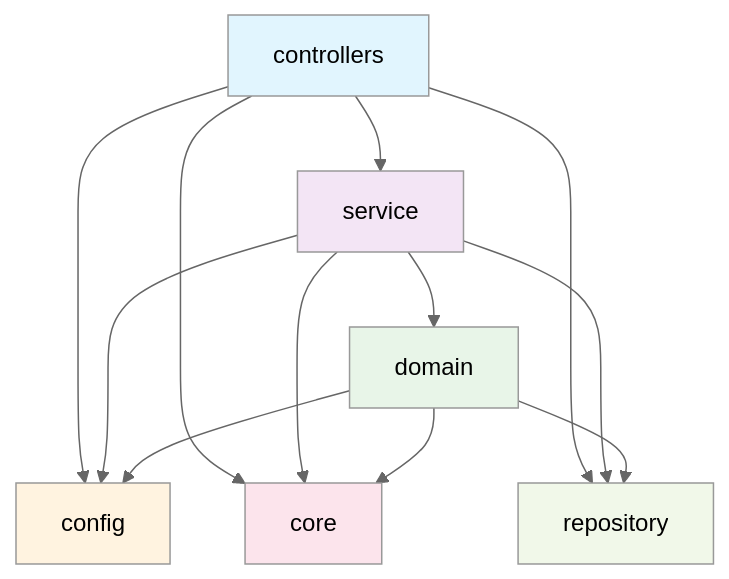
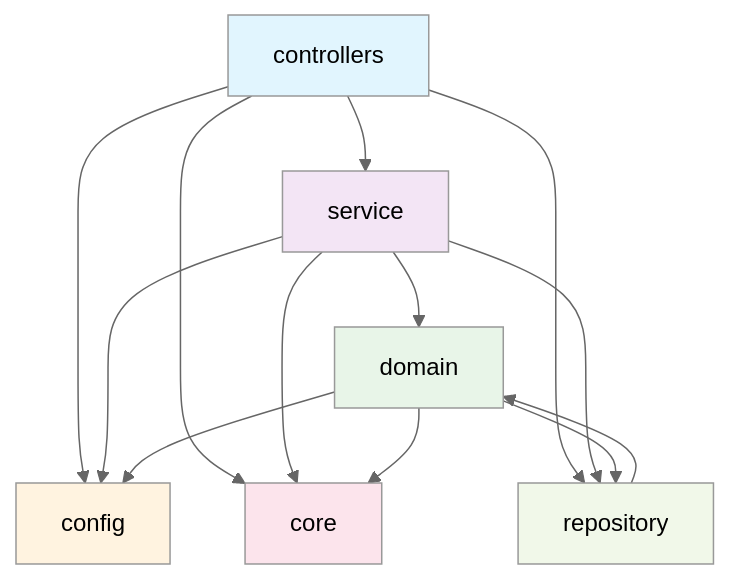
One commit to khu-khlug/sight-spring-backend changed the diagram in README.md. Above: the diagram before and after it, drawn with Mermaid (neutral theme). The commit also changed other lines of this file and 1 other file, not shown here.

Commit message:
test: 계층 테스트에서 금지 의존성만 검증 (#161)

````diff
--- a/README.md
+++ b/README.md
@@ -73,24 +73,26 @@
 ```mermaid
 graph TD
     Controllers[controllers] --> Service[service]
     Service --> Domain[domain]
     
     Controllers --> Config[config]
     Controllers --> Core[core]
     Controllers --> Repository[repository]
     
     Service --> Config
     Service --> Core
     Service --> Repository
     
     Domain --> Config
     Domain --> Core
     Domain --> Repository
+
+    Repository --> Domain
     
     style Controllers fill:#e1f5fe
     style Service fill:#f3e5f5
     style Domain fill:#e8f5e8
     style Config fill:#fff3e0
     style Core fill:#fce4ec
     style Repository fill:#f1f8e9
 ```
````
